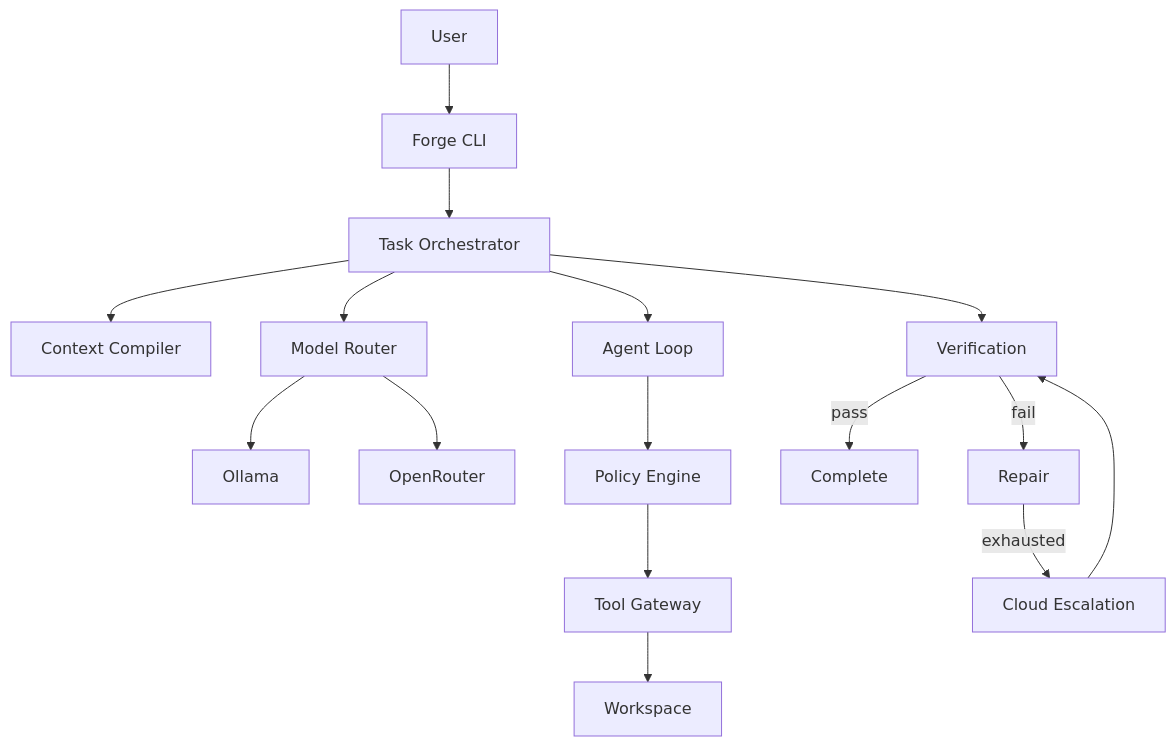
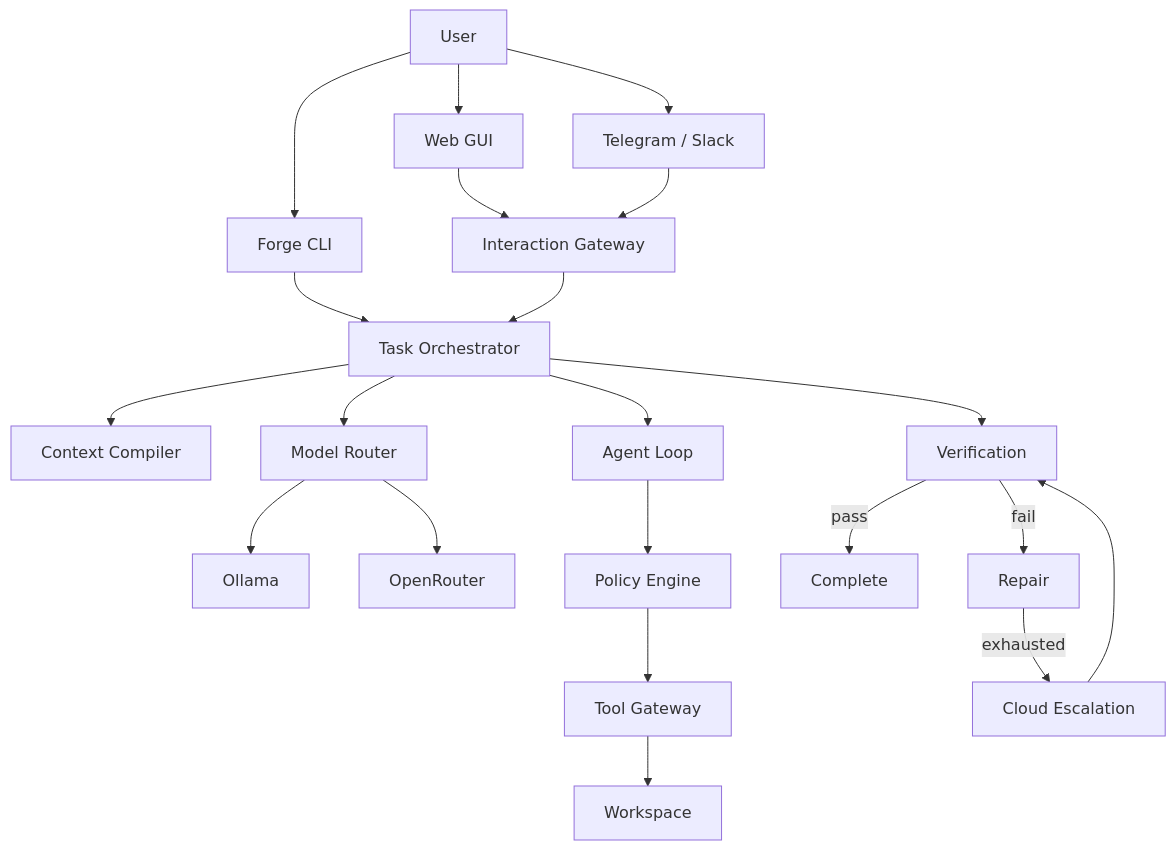
Before and after one commit to LightLLM/Forge: the diagram in README.md, drawn with Mermaid. The commit also changed other lines of this file, not shown here.

First line of the commit message:
Docs: refresh README for v1.1 Gateway, Web GUI, and channels.

````diff
--- a/README.md
+++ b/README.md
@@ -22,18 +46,23 @@
 ```mermaid
 flowchart TD
-  USER[User] --> CLI[Forge CLI]
+  USER[User] --> WEB[Web GUI]
+  USER --> CLI[Forge CLI]
+  USER --> TG[Telegram / Slack]
+  WEB --> GW[Interaction Gateway]
   CLI --> ORCH[Task Orchestrator]
+  TG --> GW
+  GW --> ORCH
   ORCH --> CTX[Context Compiler]
   ORCH --> ROUTER[Model Router]
   ROUTER --> OLLAMA[Ollama]
   ROUTER --> OR[OpenRouter]
   ORCH --> LOOP[Agent Loop]
   LOOP --> POLICY[Policy Engine]
   POLICY --> TOOLS[Tool Gateway]
   TOOLS --> WS[Workspace]
   ORCH --> VERIFY[Verification]
   VERIFY -->|pass| DONE[Complete]
   VERIFY -->|fail| REPAIR[Repair]
   REPAIR -->|exhausted| ESC[Cloud Escalation]
   ESC --> VERIFY
 ```
````
